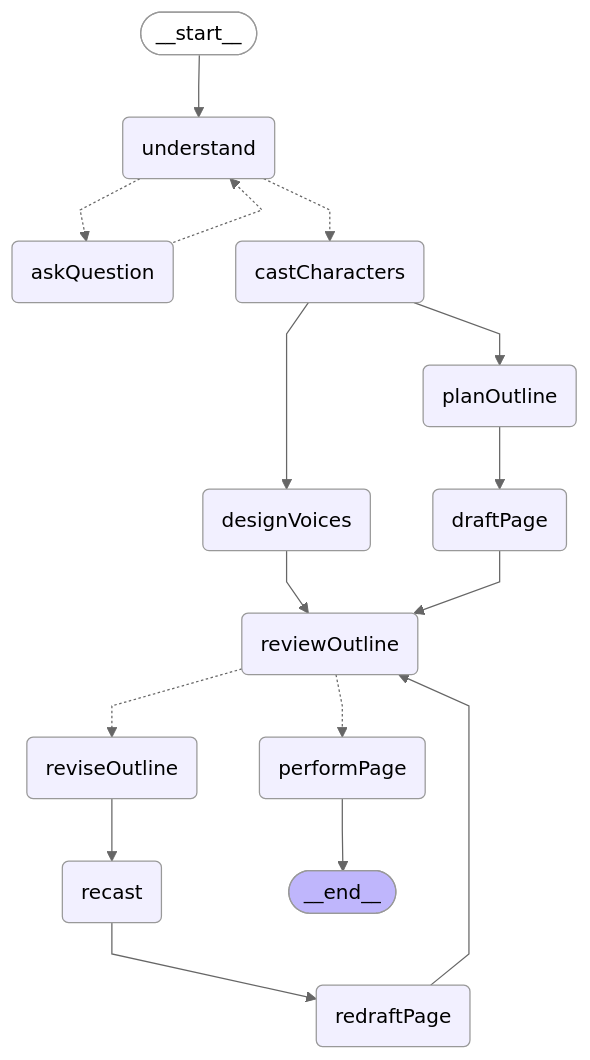
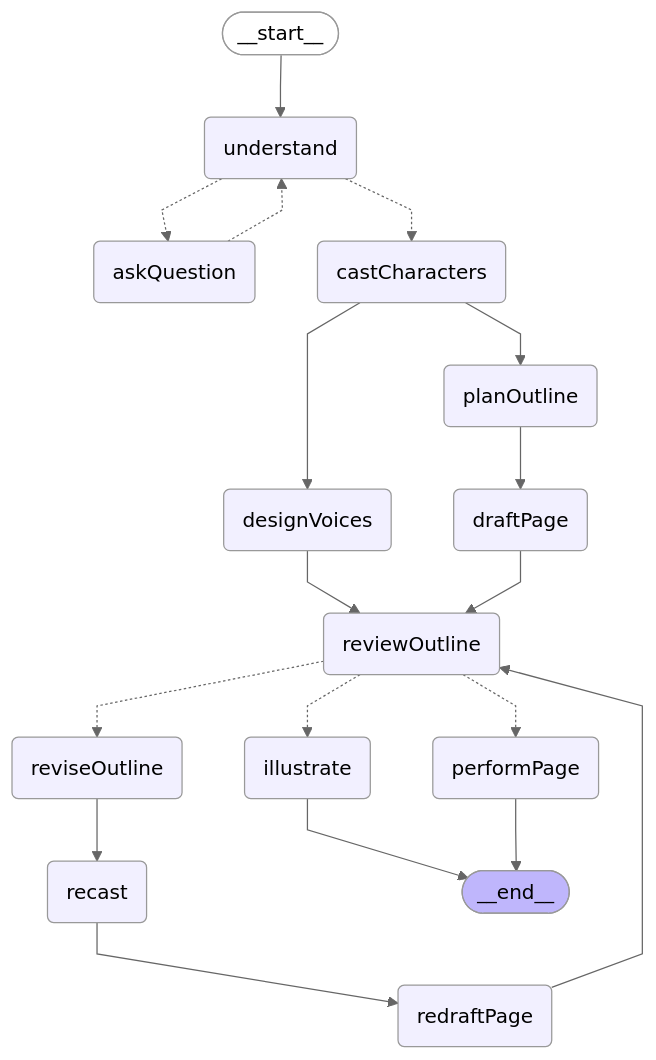
The diagram in packages/app/dev/story-graph.mmd (sattaman/giggle-stories), drawn with Mermaid (neutral theme) before and after one commit. The commit also changed 8 other files, not shown here.

```diff
--- a/packages/app/dev/story-graph.mmd
+++ b/packages/app/dev/story-graph.mmd
@@ -1,33 +1,36 @@
 %%{init: {'flowchart': {'curve': 'linear'}}}%%
 graph TD;
 	__start__([<p>__start__</p>]):::first
 	understand(understand)
 	askQuestion(askQuestion)
 	castCharacters(castCharacters)
 	designVoices(designVoices)
 	planOutline(planOutline)
 	draftPage(draftPage)
+	illustrate(illustrate)
 	reviewOutline(reviewOutline)
 	reviseOutline(reviseOutline)
 	recast(recast)
 	redraftPage(redraftPage)
 	performPage(performPage)
 	__end__([<p>__end__</p>]):::last
 	__start__ --> understand;
 	castCharacters --> designVoices;
 	castCharacters --> planOutline;
 	designVoices --> reviewOutline;
 	draftPage --> reviewOutline;
+	illustrate --> __end__;
 	performPage --> __end__;
 	planOutline --> draftPage;
 	recast --> redraftPage;
 	redraftPage --> reviewOutline;
 	reviseOutline --> recast;
 	understand -.-> castCharacters;
 	understand -.-> askQuestion;
 	askQuestion -.-> understand;
 	reviewOutline -.-> performPage;
+	reviewOutline -.-> illustrate;
 	reviewOutline -.-> reviseOutline;
 	classDef default fill:#f2f0ff,line-height:1.2;
 	classDef first fill-opacity:0;
 	classDef last fill:#bfb6fc;
```
